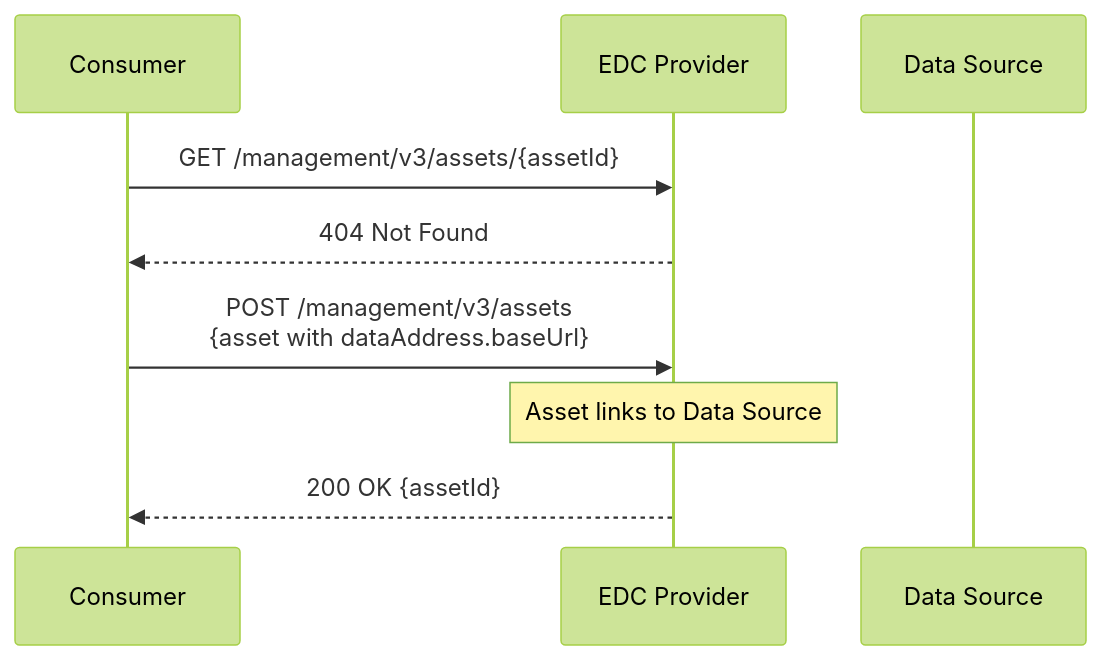
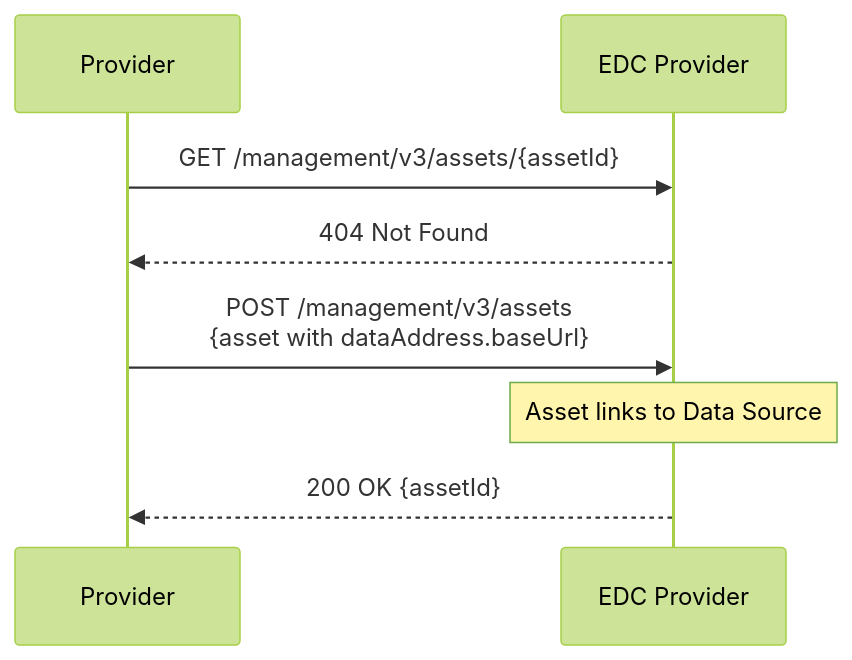
One commit to borrmann-dev/construct-x-edge-k8s changed the first of 8 diagrams in scripts/README.md. Above: the diagram before and after it, drawn with Mermaid (forest theme). The commit also changed other lines of this file, not shown here.

````diff
--- a/scripts/README.md
+++ b/scripts/README.md
@@ -44,12 +44,11 @@
 ```mermaid
 sequenceDiagram
-    participant Consumer
+    participant Provider
     participant EDC_Provider as EDC Provider
-    participant DataSource as Data Source
 
-    Consumer->>EDC_Provider: GET /management/v3/assets/{assetId}
-    EDC_Provider-->>Consumer: 404 Not Found
-    Consumer->>EDC_Provider: POST /management/v3/assets<br/>{asset with dataAddress.baseUrl}
+    Provider->>EDC_Provider: GET /management/v3/assets/{assetId}
+    EDC_Provider-->>Provider: 404 Not Found
+    Provider->>EDC_Provider: POST /management/v3/assets<br/>{asset with dataAddress.baseUrl}
     Note over EDC_Provider: Asset links to Data Source
-    EDC_Provider-->>Consumer: 200 OK {assetId}
+    EDC_Provider-->>Provider: 200 OK {assetId}
 ```
````
